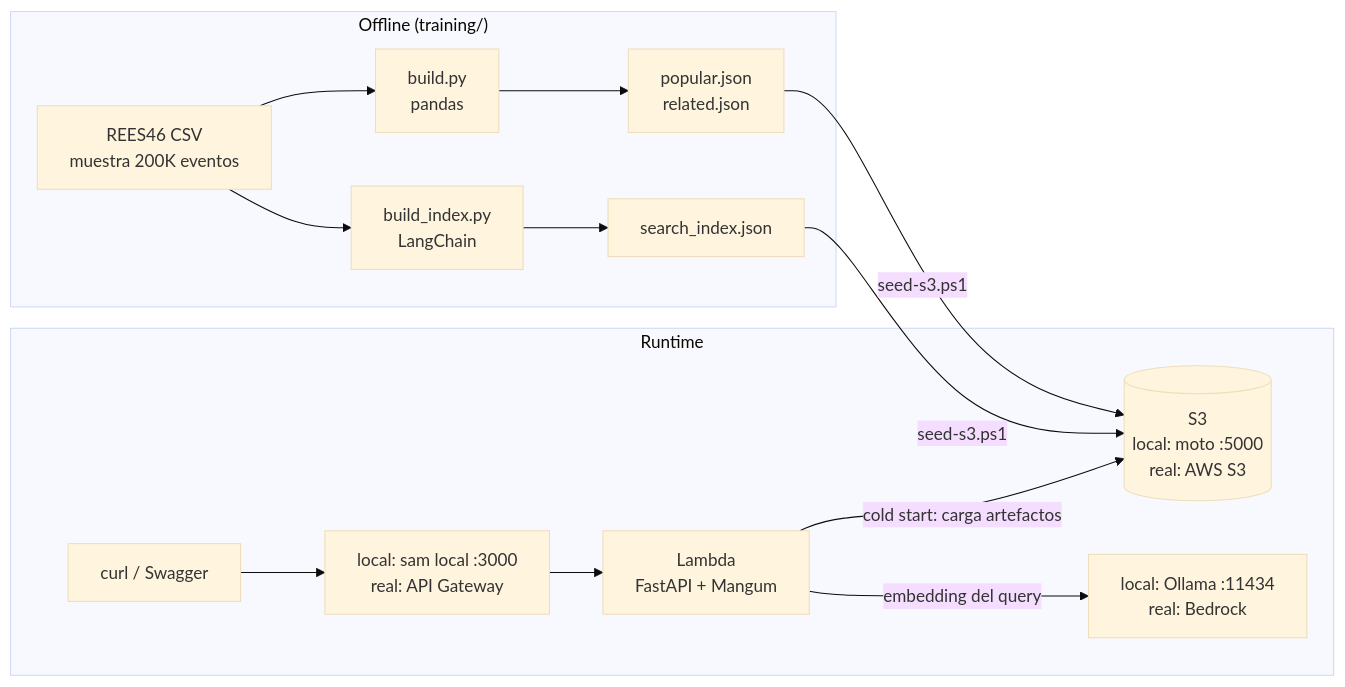
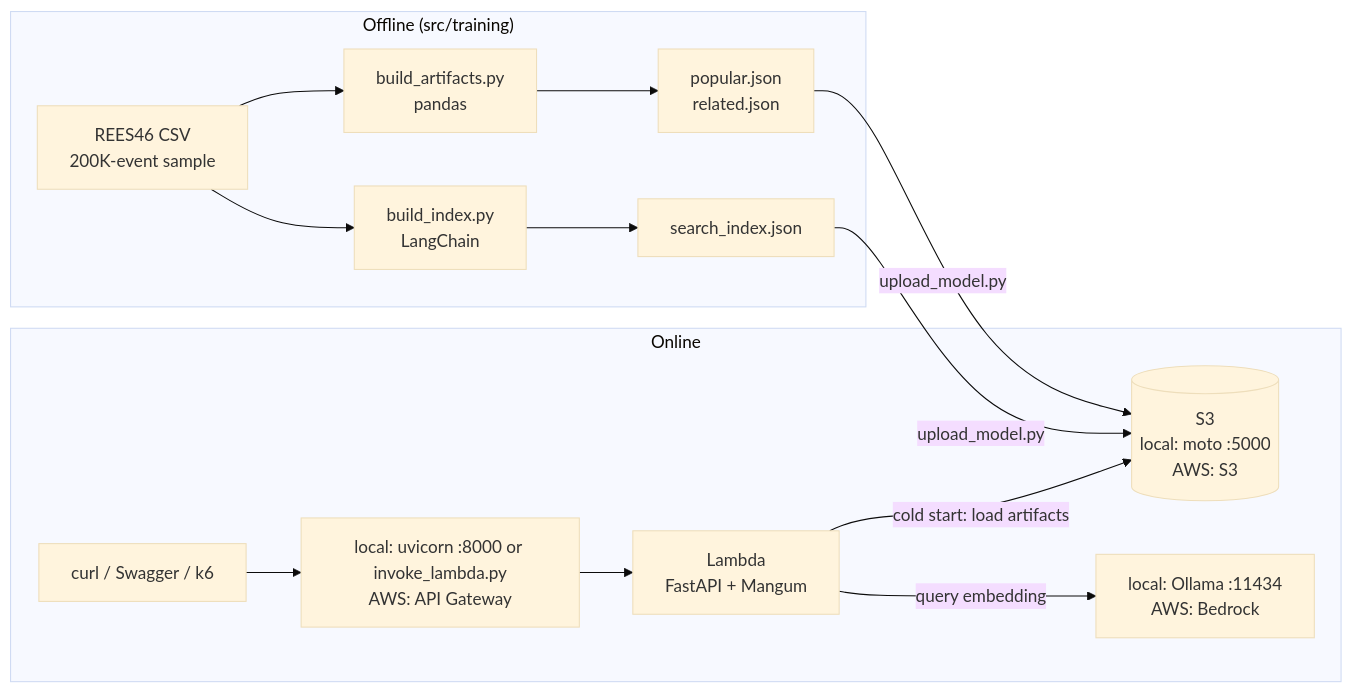
Before and after one commit to xtylo/RealTimeRecSys: the diagram in docs/PLAN.md, drawn with Mermaid (base theme). The commit also changed other lines of this file and 22 other files, not shown here.

Commit message:
refactor: src layout, Lambda handler, Terraform, docker compose, English docs

````diff
--- a/docs/PLAN.md
+++ b/docs/PLAN.md
@@ -46,17 +57,17 @@
 ```mermaid
 flowchart LR
-    subgraph Offline["Offline (training/)"]
-        CSV[REES46 CSV<br/>muestra 200K eventos] --> BUILD[build.py<br/>pandas]
+    subgraph Offline["Offline (src/training)"]
+        CSV[REES46 CSV<br/>200K-event sample] --> BUILD[build_artifacts.py<br/>pandas]
         BUILD --> ART[popular.json<br/>related.json]
         CSV --> IDX[build_index.py<br/>LangChain]
         IDX --> VEC[search_index.json]
     end
-    ART -->|seed-s3.ps1| S3[(S3<br/>local: moto :5000<br/>real: AWS S3)]
-    VEC -->|seed-s3.ps1| S3
-    subgraph Runtime["Runtime"]
-        C[curl / Swagger] --> GW[local: sam local :3000<br/>real: API Gateway]
+    ART -->|upload_model.py| S3[(S3<br/>local: moto :5000<br/>AWS: S3)]
+    VEC -->|upload_model.py| S3
+    subgraph Runtime["Online"]
+        C[curl / Swagger / k6] --> GW[local: uvicorn :8000 or invoke_lambda.py<br/>AWS: API Gateway]
         GW --> L[Lambda<br/>FastAPI + Mangum]
-        L -->|cold start: carga artefactos| S3
-        L -->|embedding del query| EMB[local: Ollama :11434<br/>real: Bedrock]
+        L -->|cold start: load artifacts| S3
+        L -->|query embedding| EMB[local: Ollama :11434<br/>AWS: Bedrock]
     end
 ```
````
